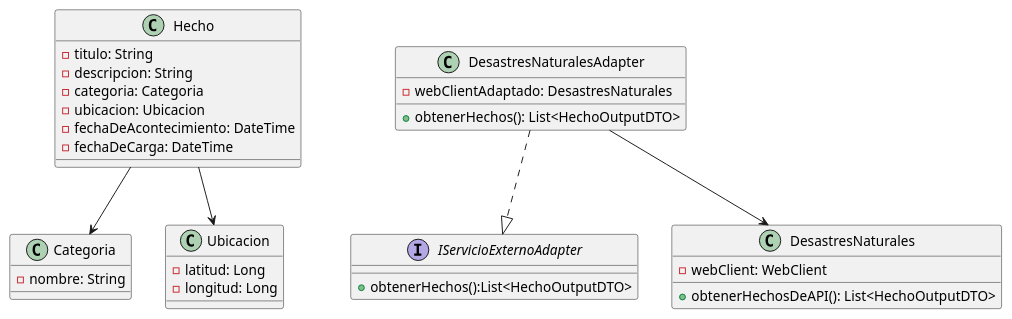
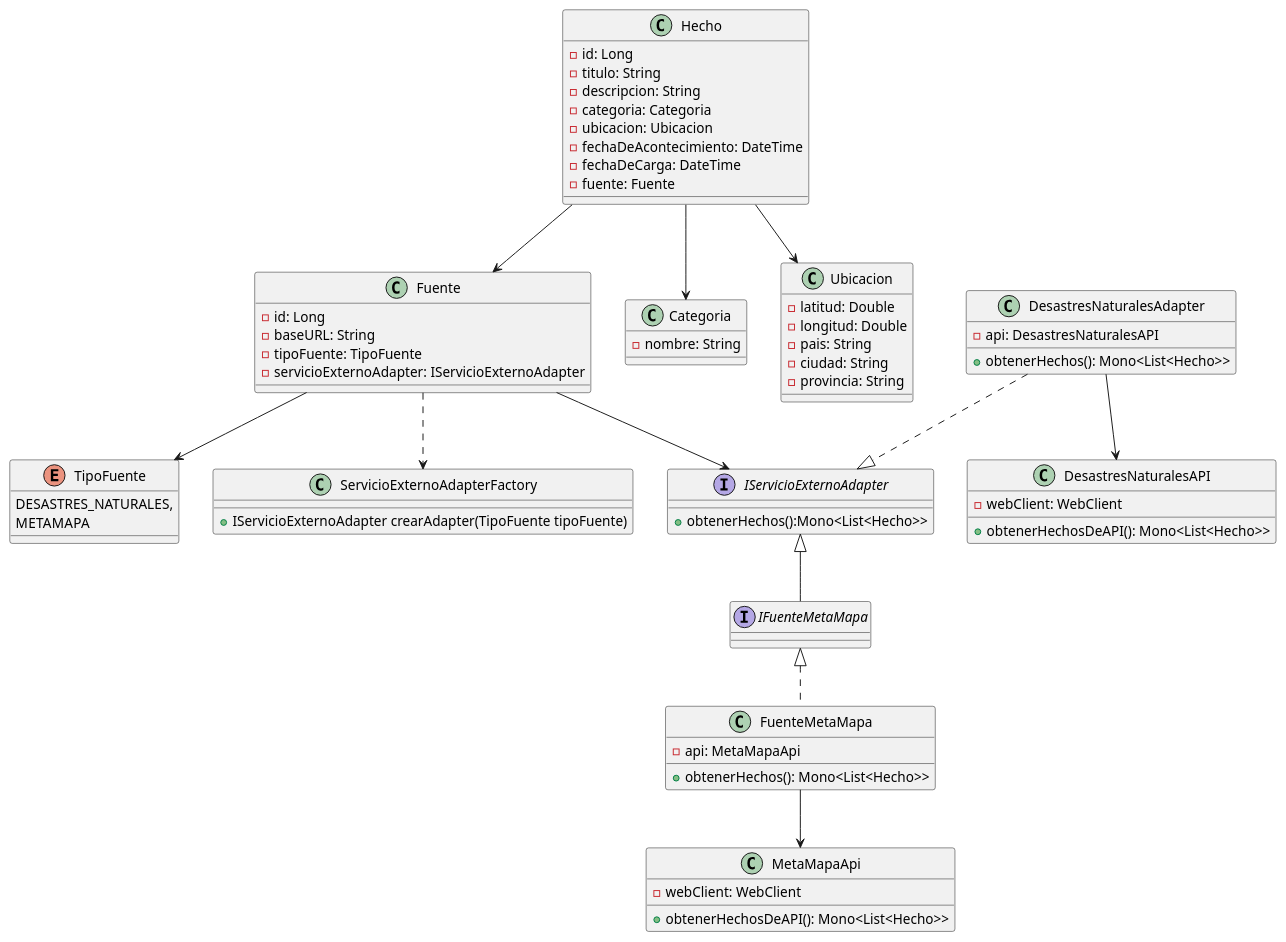
Before and after one commit to vrramiro/tpa-DDSI-2025: the diagram in diagrams/DiagramaClasesFuenteProxy.puml, drawn with PlantUML. The commit also changed 6 other files, not shown here.

Commit message:
Diagrama Proxy

```diff
--- a/diagrams/DiagramaClasesFuenteProxy.puml
+++ b/diagrams/DiagramaClasesFuenteProxy.puml
@@ -1,45 +1,90 @@
 @startuml
 'https://plantuml.com/sequence-diagram
 '================== HECHOS ==================
 class Hecho {
+    - id: Long
     - titulo: String
     - descripcion: String
     - categoria: Categoria
     - ubicacion: Ubicacion
     - fechaDeAcontecimiento: DateTime
     - fechaDeCarga: DateTime
+    - fuente: Fuente
 }
 
-'================ Categoria ================
+'================ TIPO FUENTE ================
+enum TipoFuente {
+    DESASTRES_NATURALES,
+    METAMAPA
+}
+
+'================ ServicioExternoAdapterFactory ================
+class ServicioExternoAdapterFactory {
+    + IServicioExternoAdapter crearAdapter(TipoFuente tipoFuente)
+}
+
+'================ FUENTE ================
+class Fuente {
+    - id: Long
+    - baseURL: String
+    -tipoFuente: TipoFuente
+    - servicioExternoAdapter: IServicioExternoAdapter
+}
+'================ CATEGORIA ================
 class Categoria {
     - nombre: String
 }
 
 '================ UBICACION ================
 class Ubicacion {
-    - latitud: Long
-    - longitud: Long
+    - latitud: Double
+    - longitud: Double
+    - pais: String
+    - ciudad: String
+    - provincia: String
 }
 
 '================ ADAPTADOR ================
 interface IServicioExternoAdapter {
-    +obtenerHechos():List<HechoOutputDTO>
+    + obtenerHechos():Mono<List<Hecho>>
+}
+
+interface IFuenteMetaMapa{
 }
 
 class DesastresNaturalesAdapter {
-  - webClientAdaptado: DesastresNaturales
-  + obtenerHechos(): List<HechoOutputDTO>
+  - api: DesastresNaturalesAPI
+  + obtenerHechos(): Mono<List<Hecho>>
 }
 
-class DesastresNaturales {
+class DesastresNaturalesAPI {
   - webClient: WebClient
-  + obtenerHechosDeAPI(): List<HechoOutputDTO>
+  + obtenerHechosDeAPI(): Mono<List<Hecho>>
 }
+
+class FuenteMetaMapa{
+  - api: MetaMapaApi
+  + obtenerHechos(): Mono<List<Hecho>>
+}
+
+
+class MetaMapaApi{
+  - webClient: WebClient
+  + obtenerHechosDeAPI(): Mono<List<Hecho>>
+}
+
 
 '================== RELACIONES ==================
 Hecho --> Ubicacion
 Hecho --> Categoria
+Hecho --> Fuente
 
 DesastresNaturalesAdapter ..|> IServicioExternoAdapter
-DesastresNaturalesAdapter --> DesastresNaturales
+DesastresNaturalesAdapter --> DesastresNaturalesAPI
+Fuente --> IServicioExternoAdapter
+IServicioExternoAdapter <|-- IFuenteMetaMapa
+IFuenteMetaMapa <|.. FuenteMetaMapa
+FuenteMetaMapa --> MetaMapaApi
+Fuente ..> ServicioExternoAdapterFactory
+Fuente --> TipoFuente
 @enduml
```
